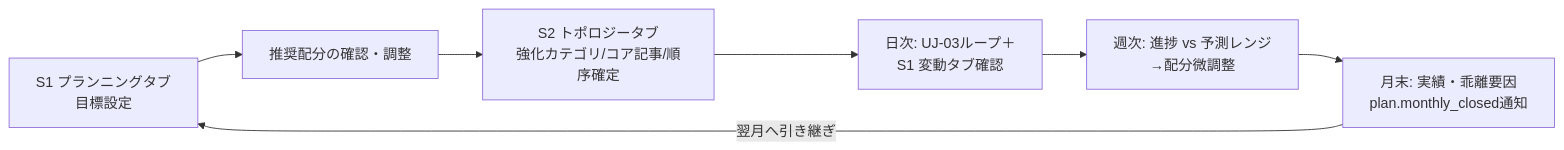
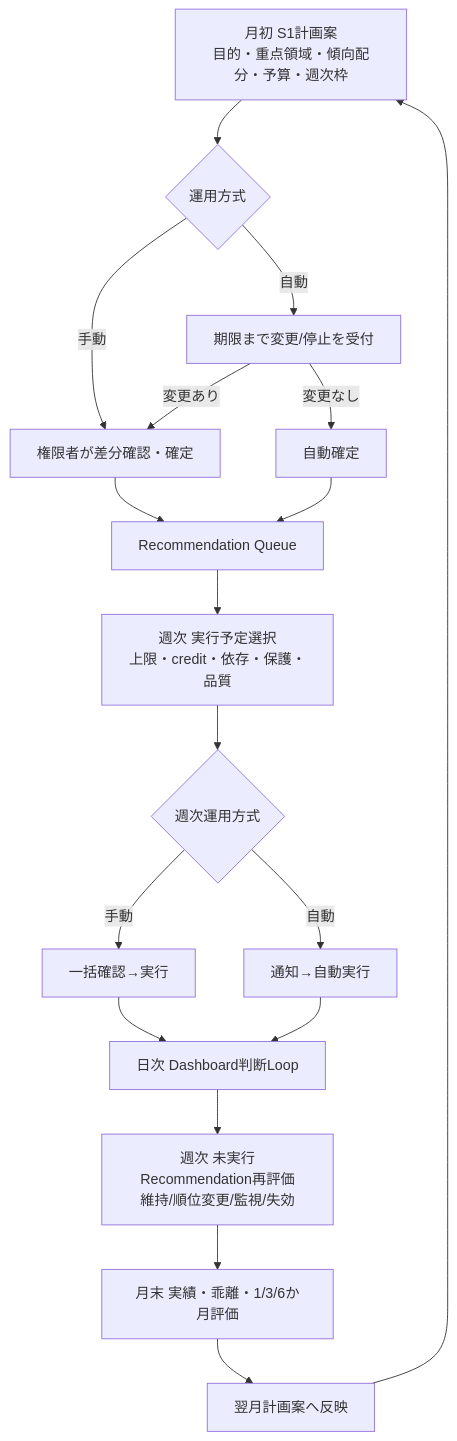
Before and after one commit to unison-ai-product/AI-Office-de-SEO: diagram 13 of 13 in docs/design/ai-office-de-seo/L3-ui-prototype/ai-office-de-seo-screen-flow_v3.7.md, drawn with Mermaid. The commit also changed other lines of this file and 1 other file, not shown here.

Commit message:
align screen flows with current seo lifecycle

````diff
--- a/docs/design/ai-office-de-seo/L3-ui-prototype/ai-office-de-seo-screen-flow_v3.7.md
+++ b/docs/design/ai-office-de-seo/L3-ui-prototype/ai-office-de-seo-screen-flow_v3.7.md
@@ -240,9 +278,19 @@
 ```mermaid
-flowchart LR
-  A[S1 プランニングタブ<br/>目標設定] --> B[推奨配分の確認・調整]
-  B --> C[S2 トポロジータブ<br/>強化カテゴリ/コア記事/順序確定]
-  C --> D[日次: UJ-03ループ＋<br/>S1 変動タブ確認]
-  D --> E[週次: 進捗 vs 予測レンジ<br/>→配分微調整]
-  E --> F[月末: 実績・乖離要因<br/>plan.monthly_closed通知]
-  F -->|翌月へ引き継ぎ| A
+flowchart TD
+  A[月初 S1計画案<br/>目的・重点領域・傾向配分・予算・週次枠] --> B{運用方式}
+  B -->|手動| C[権限者が差分確認・確定]
+  B -->|自動| D[期限まで変更/停止を受付]
+  D -->|変更なし| E[自動確定]
+  D -->|変更あり| C
+  C --> F[Recommendation Queue]
+  E --> F
+  F --> G[週次 実行予定選択<br/>上限・credit・依存・保護・品質]
+  G --> H{週次運用方式}
+  H -->|手動| I[一括確認→実行]
+  H -->|自動| J[通知→自動実行]
+  I --> K[日次 Dashboard判断Loop]
+  J --> K
+  K --> L[週次 未実行Recommendation再評価<br/>維持/順位変更/監視/失効]
+  L --> M[月末 実績・乖離・1/3/6か月評価]
+  M --> N[翌月計画案へ反映] --> A
 ```
````
